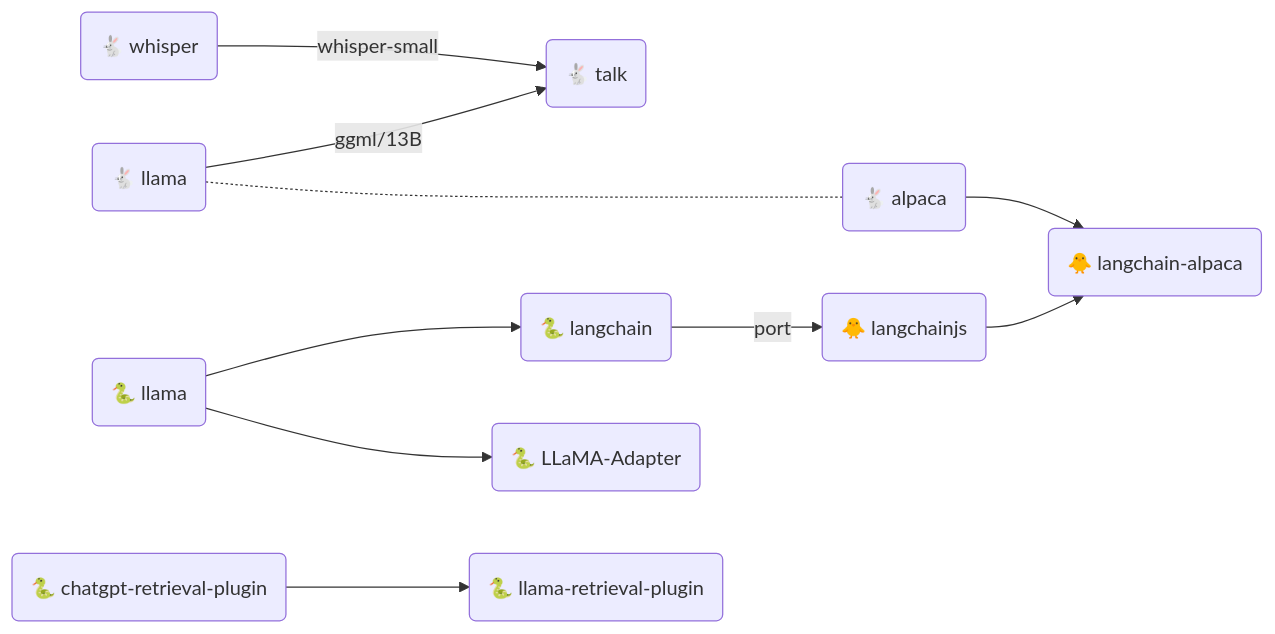
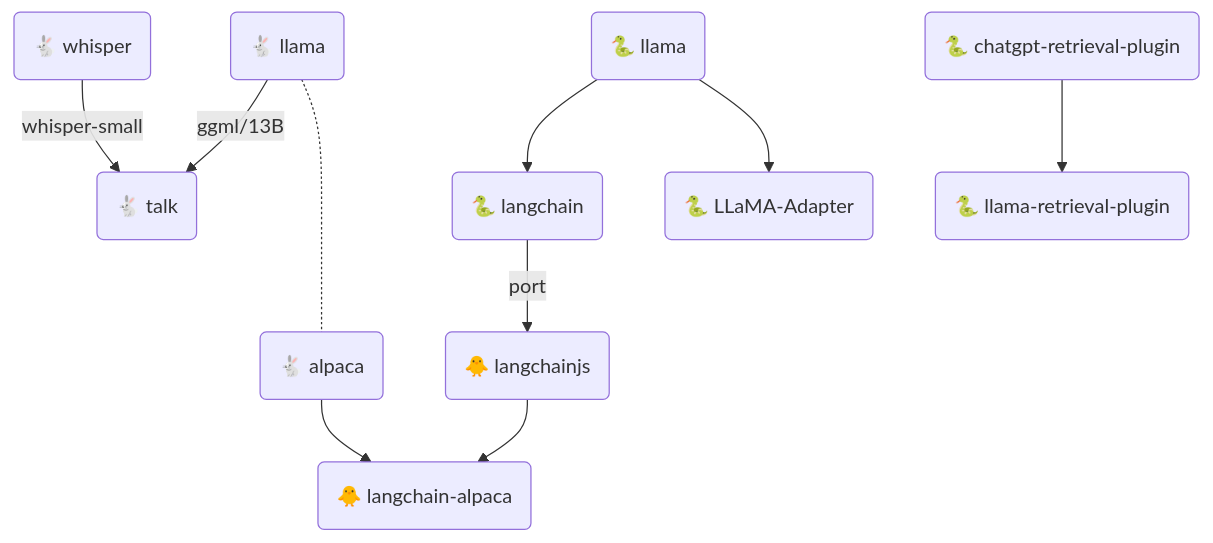
Before and after one commit to gist-rs/book: the fourth of 4 diagrams in src/ml/llama.md, drawn with Mermaid. The commit also changed other lines of this file and 3 other files, not shown here.

````diff
--- a/src/ml/llama.md
+++ b/src/ml/llama.md
@@ -83,14 +94,14 @@
 ```mermaid
-graph LR;
+graph TD;
 AAA("🐍 llama") --> BB("🐍 LLaMA-Adapter")
 AAA --> A
 A("🐍 langchain")
 A --port--> AA("🐥 langchainjs")
 AA --> B("🐥 langchain-alpaca")
 D("🐇 alpaca") --> B
 E-..-D
 E("🐇 llama") --ggml/13B--> H
 F("🐇 whisper") --whisper-small--> H
 H("🐇 talk")
 I("🐍 chatgpt-retrieval-plugin") --> II("🐍 llama-retrieval-plugin")
 ```
````
